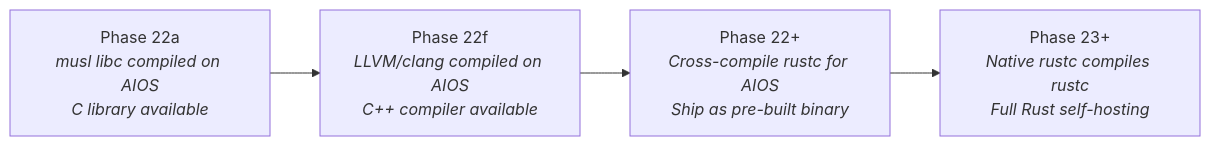
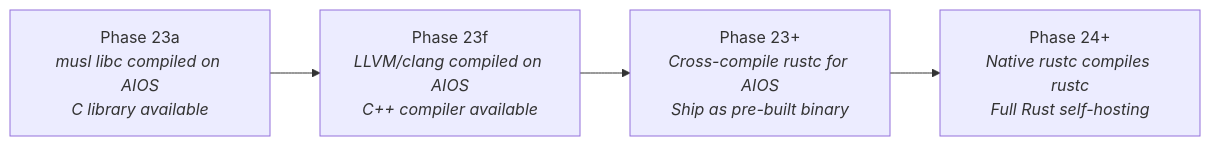
One commit to juslee/aios changed the first of 2 diagrams in docs/project/language-ecosystem/runtimes.md. Above: the diagram before and after it, drawn with Mermaid. The commit also changed other lines of this file and 135 other files, not shown here.

First line of the commit message:
Renumber Phase 5→6 through Phase 46→47 across architecture docs

````diff
--- a/docs/project/language-ecosystem/runtimes.md
+++ b/docs/project/language-ecosystem/runtimes.md
@@ -43,17 +43,17 @@
 ```mermaid
 flowchart LR
-    A["`Phase 22a
+    A["`Phase 23a
 *musl libc compiled on AIOS
 C library available*`"]
-    B["`Phase 22f
+    B["`Phase 23f
 *LLVM/clang compiled on AIOS
 C++ compiler available*`"]
-    C["`Phase 22+
+    C["`Phase 23+
 *Cross-compile rustc for AIOS
 Ship as pre-built binary*`"]
-    D["`Phase 23+
+    D["`Phase 24+
 *Native rustc compiles rustc
 Full Rust self-hosting*`"]
 
     A --> B --> C --> D
 ```
````
